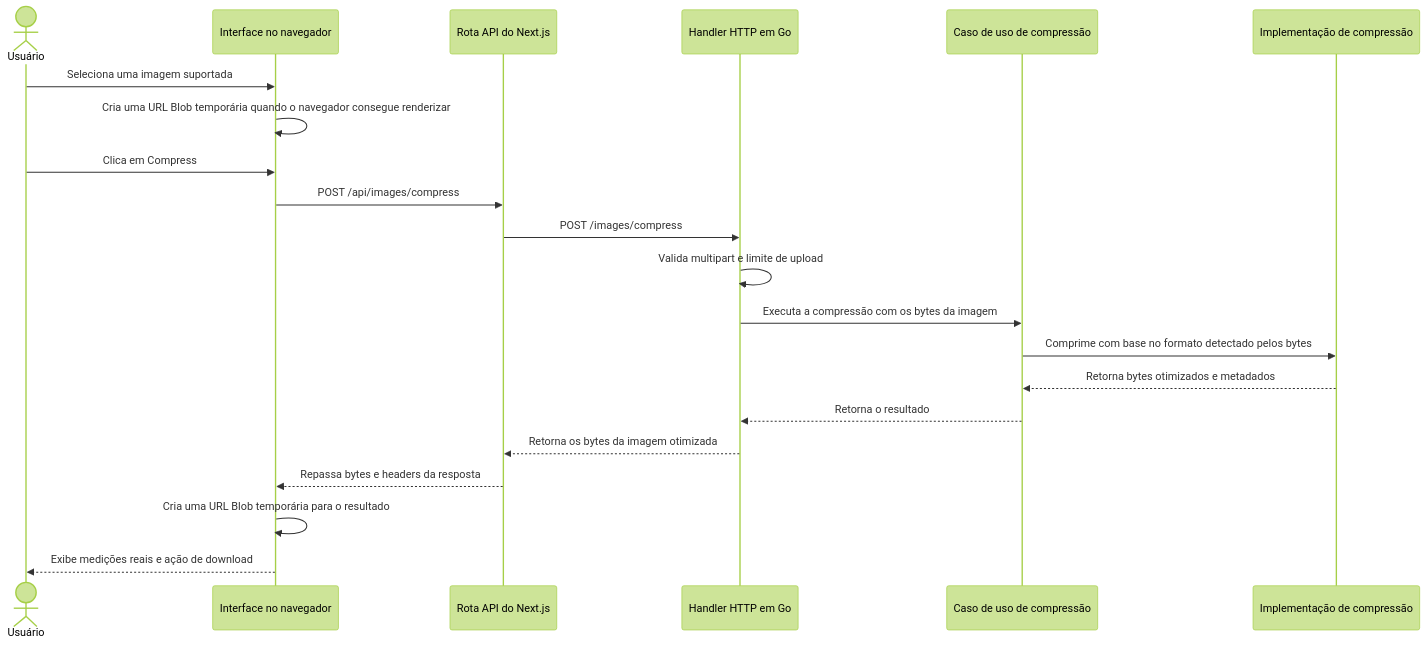
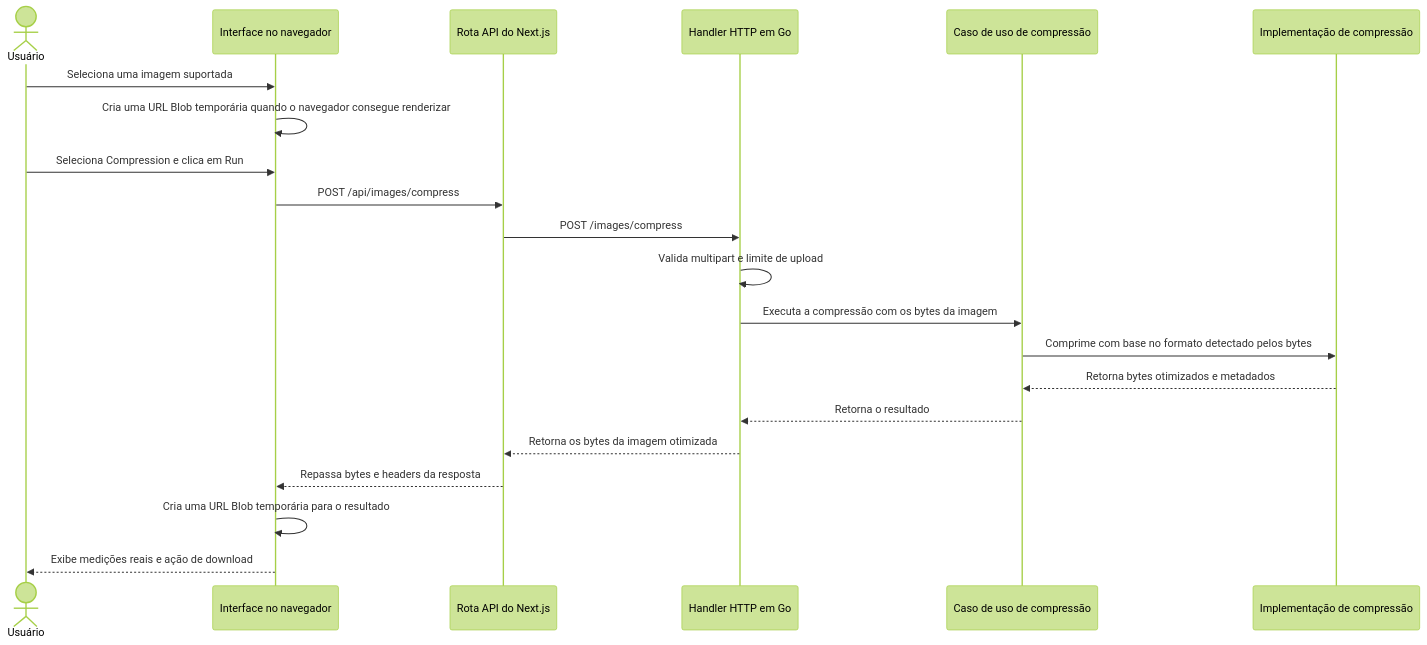
Before and after one commit to juniocr26/go-image-optimizer: the diagram in docs/pt-BR/architecture.md, drawn with Mermaid (forest theme). The commit also changed other lines of this file and 16 other files, not shown here.

````diff
--- a/docs/pt-BR/architecture.md
+++ b/docs/pt-BR/architecture.md
@@ -31,24 +26,24 @@
 ```mermaid
 sequenceDiagram
     actor User as Usuário
     participant Browser as Interface no navegador
     participant NextAPI as Rota API do Next.js
     participant Handler as Handler HTTP em Go
     participant UseCase as Caso de uso de compressão
     participant Compressor as Implementação de compressão
 
     User->>Browser: Seleciona uma imagem suportada
     Browser->>Browser: Cria uma URL Blob temporária quando o navegador consegue renderizar
-    User->>Browser: Clica em Compress
+    User->>Browser: Seleciona Compression e clica em Run
     Browser->>NextAPI: POST /api/images/compress
     NextAPI->>Handler: POST /images/compress
     Handler->>Handler: Valida multipart e limite de upload
     Handler->>UseCase: Executa a compressão com os bytes da imagem
     UseCase->>Compressor: Comprime com base no formato detectado pelos bytes
     Compressor-->>UseCase: Retorna bytes otimizados e metadados
     UseCase-->>Handler: Retorna o resultado
     Handler-->>NextAPI: Retorna os bytes da imagem otimizada
     NextAPI-->>Browser: Repassa bytes e headers da resposta
     Browser->>Browser: Cria uma URL Blob temporária para o resultado
     Browser-->>User: Exibe medições reais e ação de download
 ```
````
